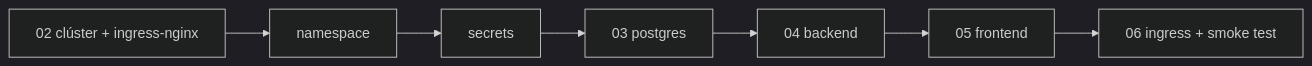
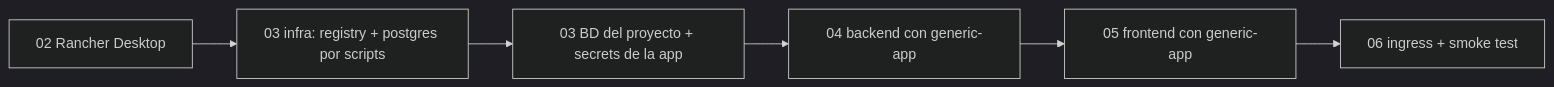
One commit to mikel0ne/ai-platform-portfolio changed the diagram in docs/infraestructura/01-vision-general.md. Above: the diagram before and after it, drawn with Mermaid (dark theme). The commit also changed other lines of this file and 14 other files, not shown here.

Commit message:
docs(infra): rewrite infrastructure guides for the new model and align architecture

````diff
--- a/docs/infraestructura/01-vision-general.md
+++ b/docs/infraestructura/01-vision-general.md
@@ -70,9 +128,8 @@
 ```mermaid
 graph LR
-    A[02 clúster + ingress-nginx] --> B[namespace]
-    B --> C[secrets]
-    C --> D[03 postgres]
-    D --> E[04 backend]
-    E --> F[05 frontend]
-    F --> G[06 ingress + smoke test]
+    A[02 Rancher Desktop] --> B[03 infra: registry + postgres por scripts]
+    B --> C[03 BD del proyecto + secrets de la app]
+    C --> D[04 backend con generic-app]
+    D --> E[05 frontend con generic-app]
+    E --> F[06 ingress + smoke test]
 ```
````
